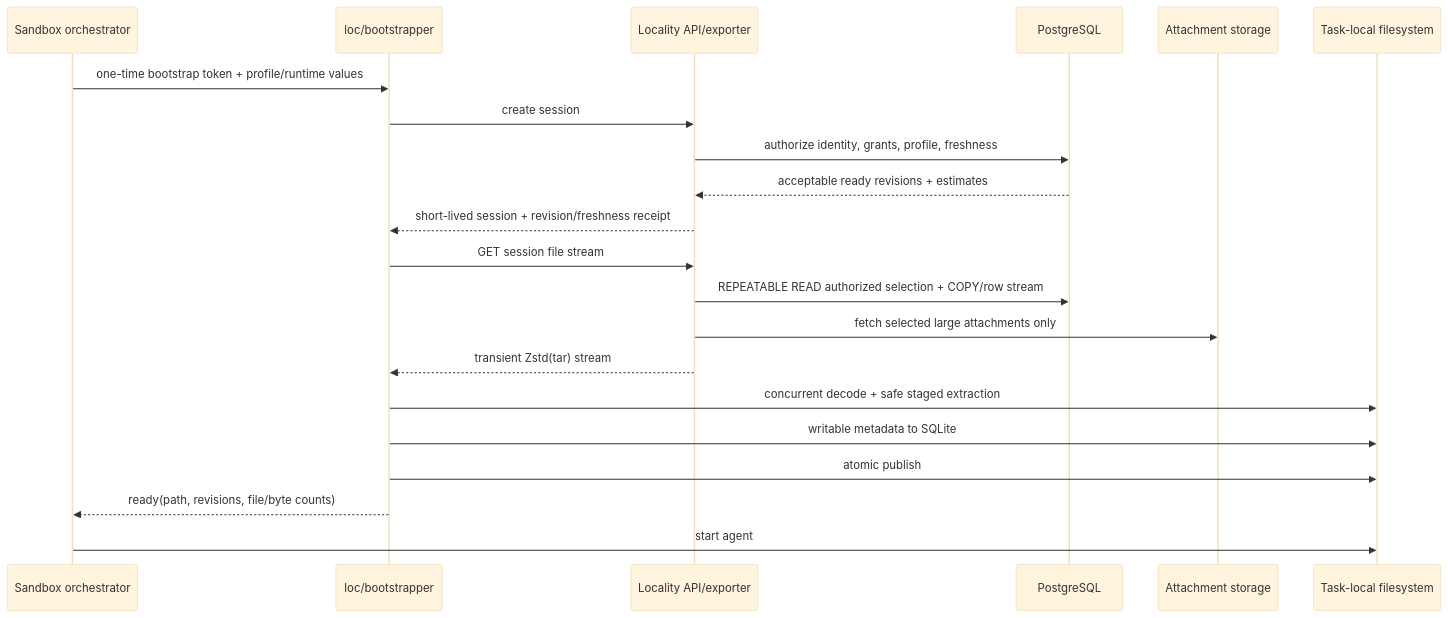
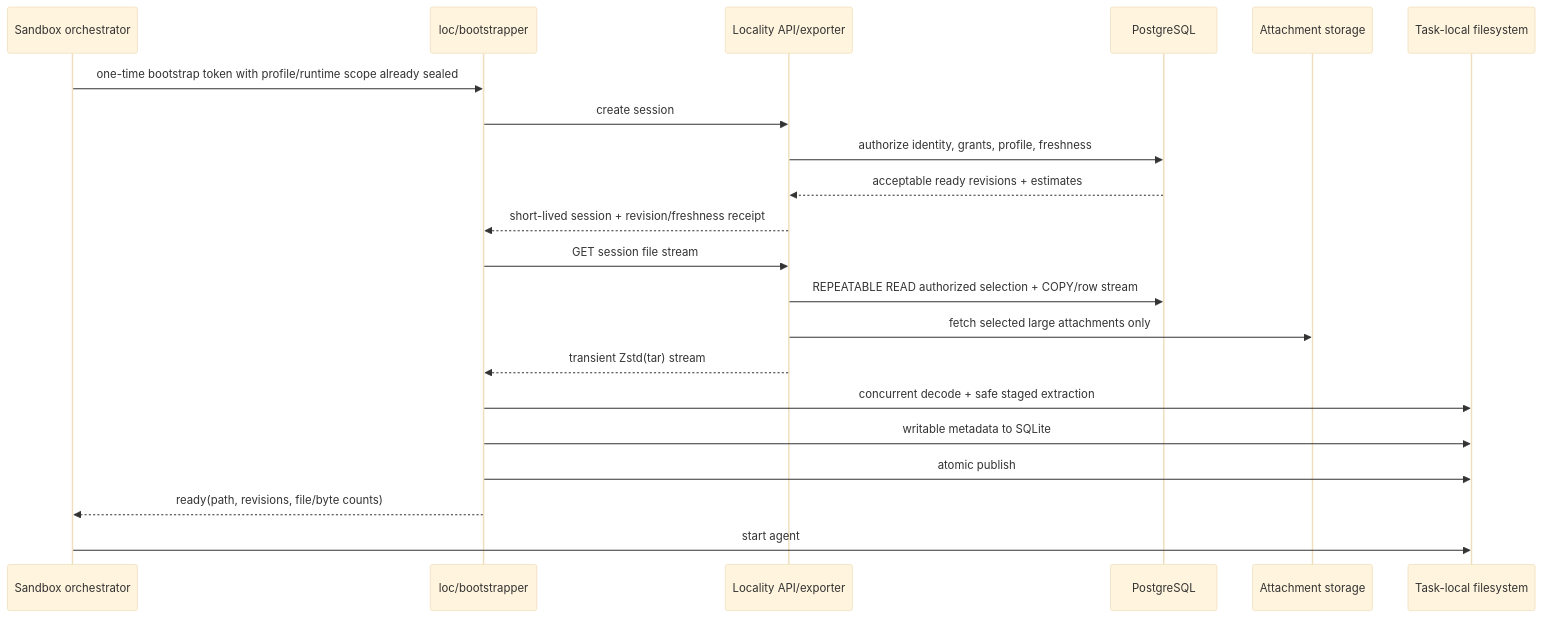
The third of 4 diagrams in docs/cloud-sandbox-data-plane.md (codeflash-ai/locality), drawn with Mermaid (base theme) before and after one commit. The commit also changed other lines of this file, not shown here.

Commit message:
docs: make sandbox bootstrap token-only

````diff
--- a/docs/cloud-sandbox-data-plane.md
+++ b/docs/cloud-sandbox-data-plane.md
@@ -1288,24 +1288,24 @@
 ```mermaid
 sequenceDiagram
   participant O as Sandbox orchestrator
   participant L as loc/bootstrapper
   participant A as Locality API/exporter
   participant P as PostgreSQL
   participant B as Attachment storage
   participant F as Task-local filesystem
 
-  O->>L: one-time bootstrap token + profile/runtime values
+  O->>L: one-time bootstrap token with profile/runtime scope already sealed
   L->>A: create session
   A->>P: authorize identity, grants, profile, freshness
   P-->>A: acceptable ready revisions + estimates
   A-->>L: short-lived session + revision/freshness receipt
   L->>A: GET session file stream
   A->>P: REPEATABLE READ authorized selection + COPY/row stream
   A->>B: fetch selected large attachments only
   A-->>L: transient Zstd(tar) stream
   L->>F: concurrent decode + safe staged extraction
   L->>F: writable metadata to SQLite
   L->>F: atomic publish
   L-->>O: ready(path, revisions, file/byte counts)
   O->>F: start agent
 ```
````
